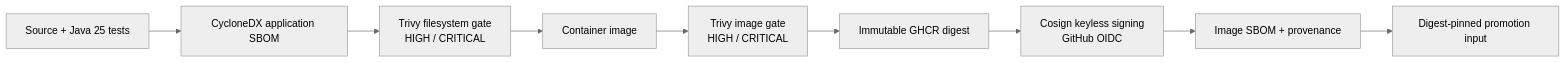
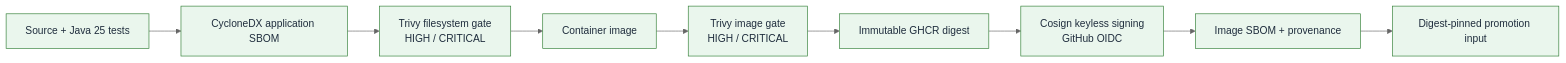
Before and after one commit to ravan-chuang/spring-boot-ecommerce-backend: the third of 5 diagrams in SpringBoot_Backend_Engineering_Summary.md, drawn with Mermaid (neutral theme). The commit also changed other lines of this file and 2 other files, not shown here.

````diff
--- a/SpringBoot_Backend_Engineering_Summary.md
+++ b/SpringBoot_Backend_Engineering_Summary.md
@@ -300,11 +279,14 @@
 ```mermaid
 flowchart LR
     Source["Source + Java 25 tests"] --> AppSBOM["CycloneDX application SBOM"]
     AppSBOM --> FSScan["Trivy filesystem gate<br/>HIGH / CRITICAL"]
     FSScan --> Image["Container image"]
     Image --> ImageScan["Trivy image gate<br/>HIGH / CRITICAL"]
     ImageScan --> Digest["Immutable GHCR digest"]
     Digest --> Sign["Cosign keyless signing<br/>GitHub OIDC"]
     Sign --> Evidence["Image SBOM + provenance"]
     Evidence --> Promote["Digest-pinned promotion input"]
+
+    classDef verified fill:#eaf6ed,stroke:#2e7d32,color:#1f2d3d;
+    class Source,AppSBOM,FSScan,Image,ImageScan,Digest,Sign,Evidence,Promote verified;
 ```
````
